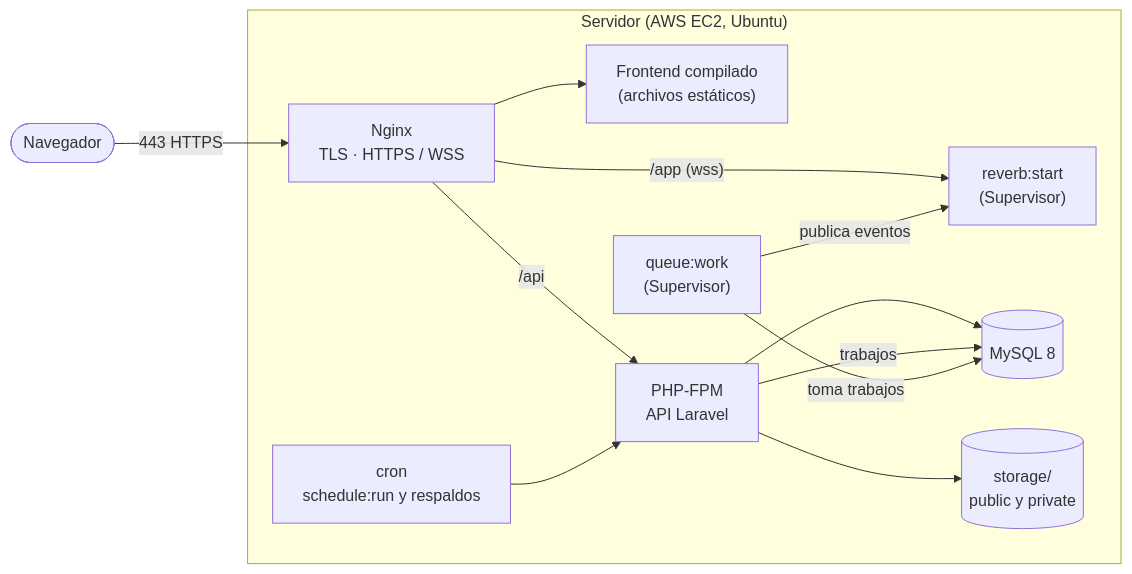
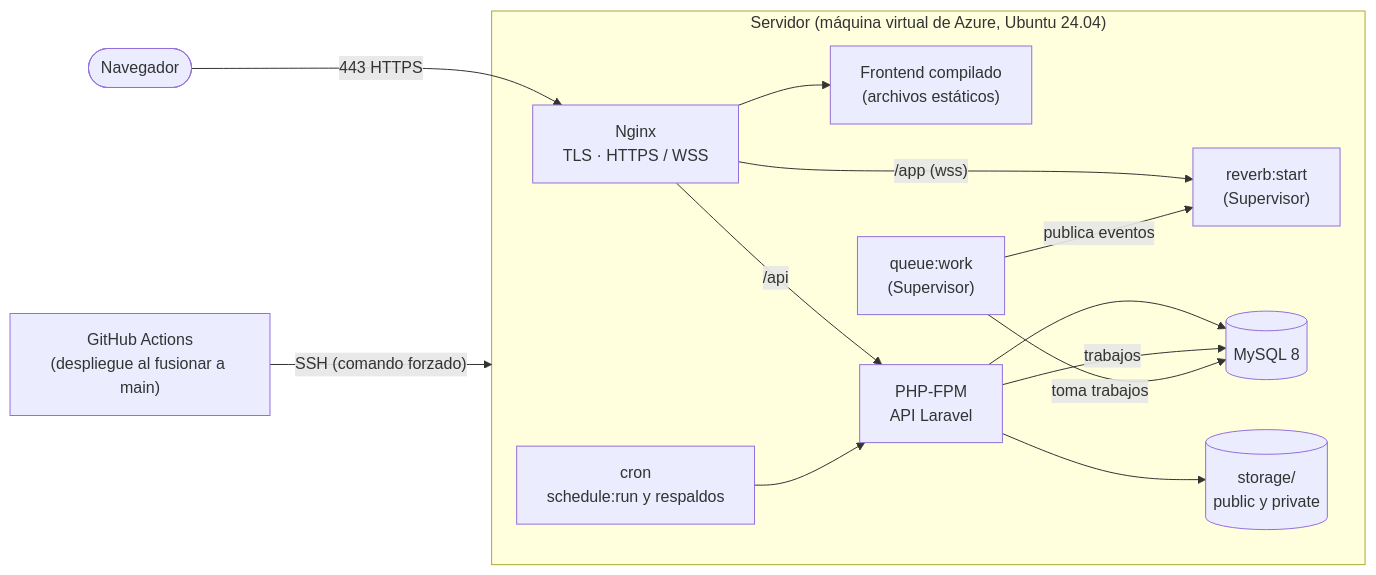
One commit to LordCasta/maestros_a_un_clic_backend changed diagram 12 of 12 in docs/proyecto/03-diagramas.md. Above: the diagram before and after it, drawn with Mermaid. The commit also changed other lines of this file and 12 other files, not shown here.

First line of the commit message:
docs(despliegue): producción en Azure con despliegue continuo desde GitHub (#86)

````diff
--- a/docs/proyecto/03-diagramas.md
+++ b/docs/proyecto/03-diagramas.md
@@ -426,26 +426,29 @@
 ```mermaid
 flowchart LR
     user(["Navegador"])
 
-    subgraph ec2["Servidor (AWS EC2, Ubuntu)"]
+    gha["GitHub Actions<br/>(despliegue al fusionar a main)"]
+
+    subgraph ec2["Servidor (máquina virtual de Azure, Ubuntu 24.04)"]
         nginx["Nginx<br/>TLS · HTTPS / WSS"]
         spa["Frontend compilado<br/>(archivos estáticos)"]
         fpm["PHP-FPM<br/>API Laravel"]
         worker["queue:work<br/>(Supervisor)"]
         reverb["reverb:start<br/>(Supervisor)"]
         mysql[("MySQL 8")]
         storage[("storage/<br/>public y private")]
         cron["cron<br/>schedule:run y respaldos"]
     end
 
     user -- "443 HTTPS" --> nginx
     nginx --> spa
     nginx -- "/api" --> fpm
     nginx -- "/app (wss)" --> reverb
+    gha -- "SSH (comando forzado)" --> ec2
     fpm --> mysql
     fpm --> storage
     fpm -- "trabajos" --> mysql
     worker -- "toma trabajos" --> mysql
     worker -- "publica eventos" --> reverb
     cron --> fpm
 ```
````
